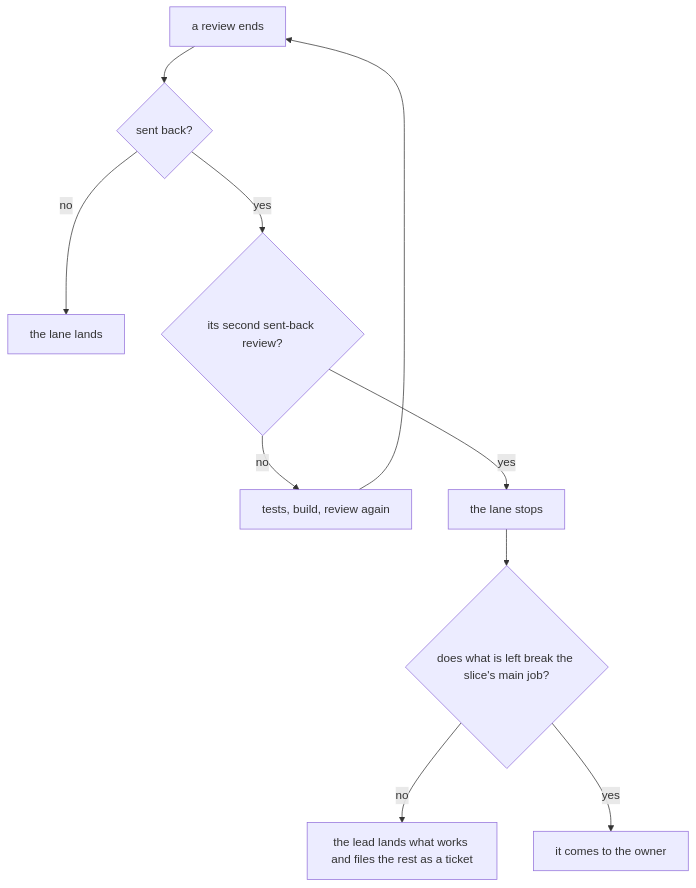
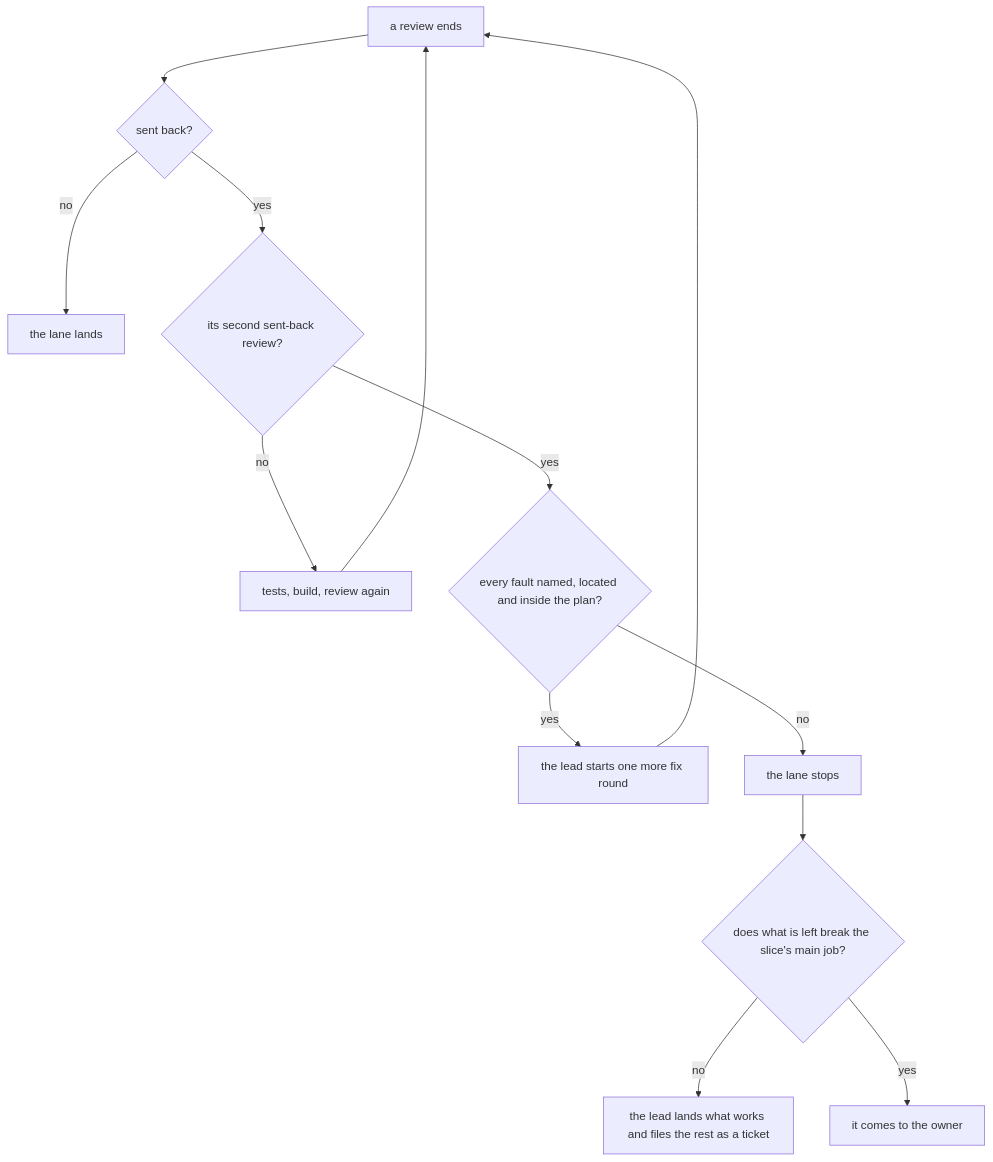
Before and after one commit to kamp-us/tea-fabrika: the second of 2 diagrams in .decisions/0176-second-send-back-stops-lane.md, drawn with Mermaid. The commit also changed other lines of this file and 12 other files, not shown here.

````diff
--- a/.decisions/0176-second-send-back-stops-lane.md
+++ b/.decisions/0176-second-send-back-stops-lane.md
@@ -34,12 +32,15 @@
 ```mermaid
 flowchart TD
   review["a review ends"] --> how{"sent back?"}
   how -- "no" --> land["the lane lands"]
   how -- "yes" --> count{"its second sent-back review?"}
   count -- "no" --> loop["tests, build, review again"]
   loop --> review
-  count -- "yes" --> stop["the lane stops"]
+  count -- "yes" --> faults{"every fault named, located and inside the plan?"}
+  faults -- "yes" --> fixround["the lead starts one more fix round"]
+  fixround --> review
+  faults -- "no" --> stop["the lane stops"]
   stop --> left{"does what is left break the slice's main job?"}
   left -- "no" --> cut["the lead lands what works and files the rest as a ticket"]
   left -- "yes" --> owner["it comes to the owner"]
 ```
````
